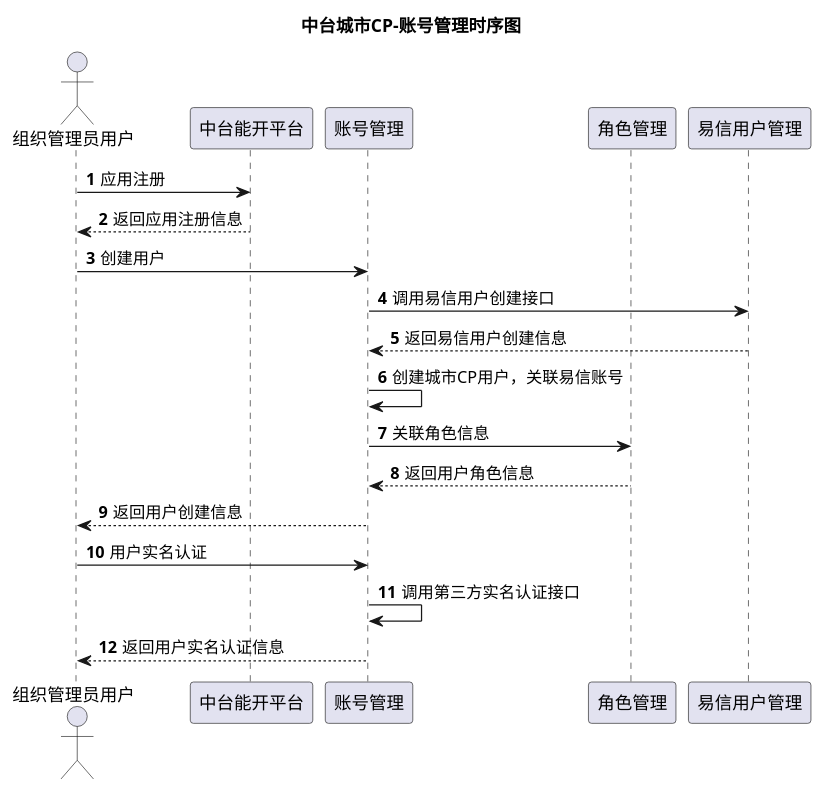
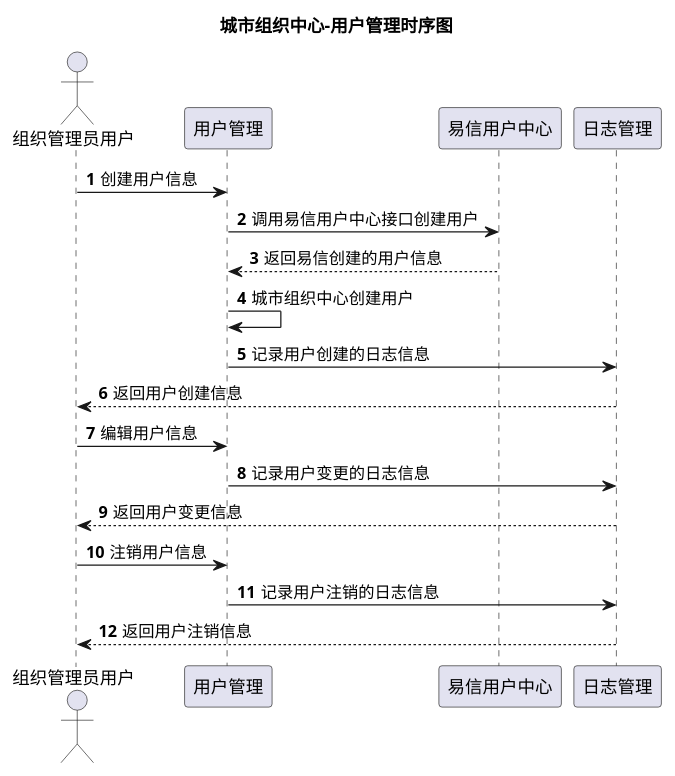
Before and after one commit to liubingfei110/mytest: the diagram in 中台-账号管理.puml, drawn with PlantUML. The commit also changed 2 other files, not shown here.

Commit message:
城市组织中心-日志管理调整时序图

```diff
--- a/中台-账号管理.puml
+++ b/中台-账号管理.puml
@@ -1,23 +1,22 @@
 @startuml
-title 中台城市CP-账号管理时序图
+title 城市组织中心-用户管理时序图
 
 actor 组织管理员用户 as user
-participant "中台能开平台" as MiddlePlatform
-participant "账号管理" as userAdmin
-participant "角色管理" as roleAdmin
-participant "易信用户管理" as YXAdmin
+participant "用户管理" as userAdmin
+participant "易信用户中心" as YXAdmin
+participant "日志管理" as LogAdmin
 
 autonumber
-user->MiddlePlatform:应用注册
-MiddlePlatform-->user:返回应用注册信息
-user->userAdmin:创建用户
-userAdmin->YXAdmin:调用易信用户创建接口
-YXAdmin-->userAdmin:返回易信用户创建信息
-userAdmin->userAdmin:创建城市CP用户，关联易信账号
-userAdmin->roleAdmin:关联角色信息
-roleAdmin-->userAdmin:返回用户角色信息
-userAdmin-->user:返回用户创建信息
-user->userAdmin:用户实名认证
-userAdmin->userAdmin:调用第三方实名认证接口
-userAdmin-->user:返回用户实名认证信息
+user->userAdmin:创建用户信息
+userAdmin->YXAdmin:调用易信用户中心接口创建用户
+YXAdmin-->userAdmin:返回易信创建的用户信息
+userAdmin->userAdmin:城市组织中心创建用户
+userAdmin->LogAdmin:记录用户创建的日志信息
+LogAdmin-->user:返回用户创建信息
+user->userAdmin:编辑用户信息
+userAdmin->LogAdmin:记录用户变更的日志信息
+LogAdmin-->user:返回用户变更信息
+user->userAdmin:注销用户信息
+userAdmin->LogAdmin:记录用户注销的日志信息
+LogAdmin-->user:返回用户注销信息
 @enduml
```
